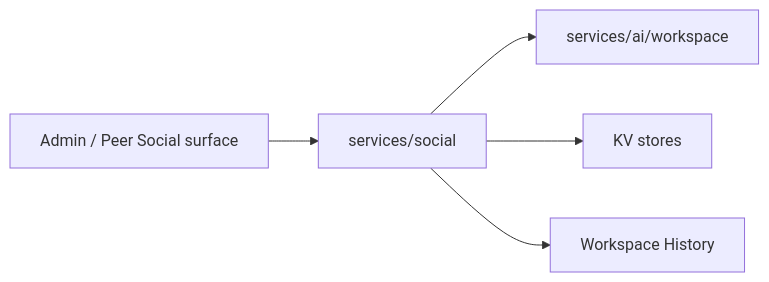
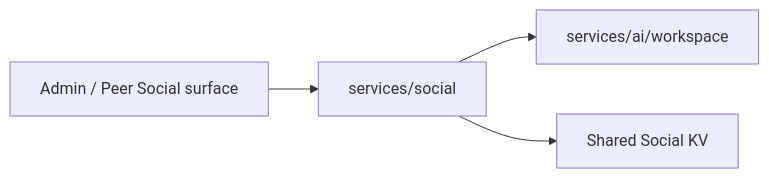
Before and after one commit to GizClaw/gizclaw: the third of 3 diagrams in guides/en/developing/gizclaw/services/social.md, drawn with Mermaid. The commit also changed other lines of this file and 271 other files, not shown here.

First line of the commit message:
social: replace the Chatroom Workspace with an SFU Workspace (#1072)

````diff
--- a/guides/en/developing/gizclaw/services/social.md
+++ b/guides/en/developing/gizclaw/services/social.md
@@ -62,7 +202,6 @@
 ```mermaid
 flowchart LR
     Surface["Admin / Peer Social surface"] --> Social["services/social"]
     Social --> Workspace["services/ai/workspace"]
-    Social --> KV["KV stores"]
-    Social --> History["Workspace History"]
+    Social --> KV["Shared Social KV"]
 ```
````
